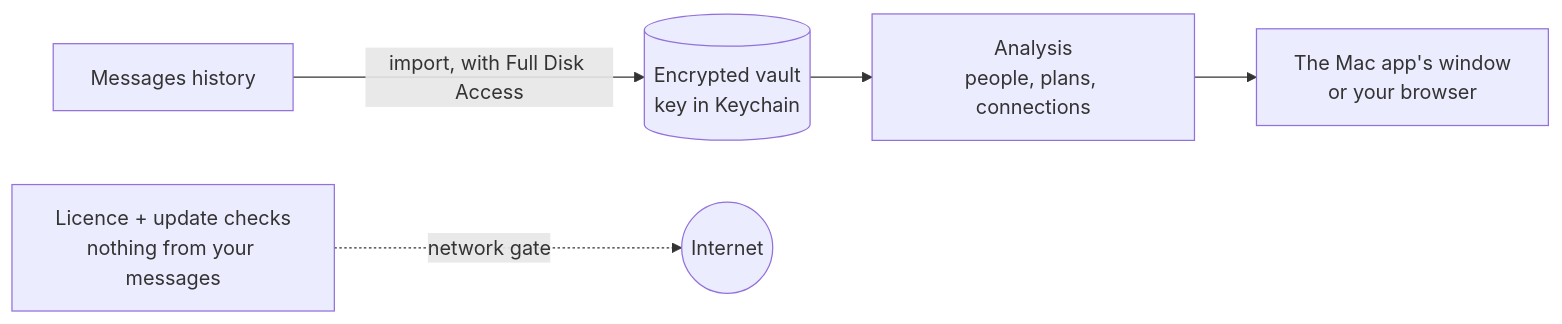
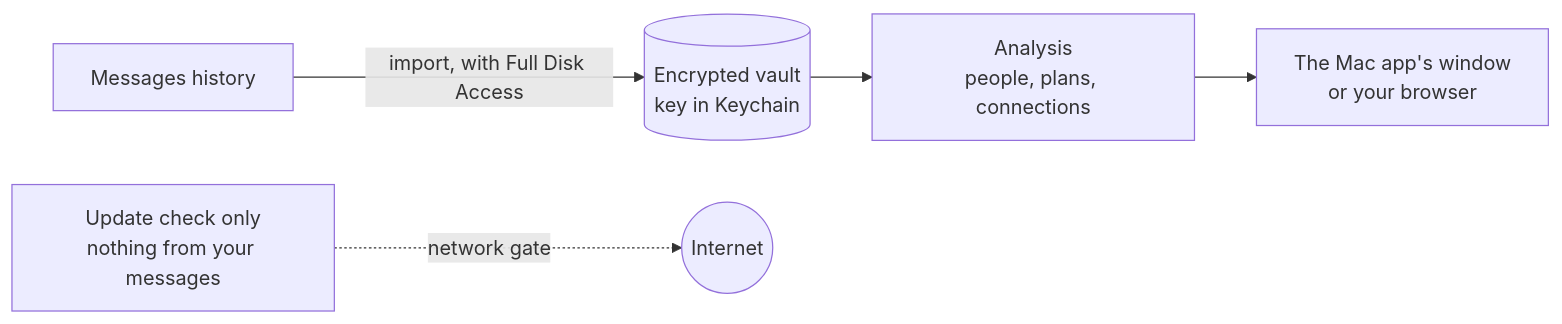
One commit to amalmehta/MessagingGraph changed the diagram in README.md. Above: the diagram before and after it, drawn with Mermaid. The commit also changed other lines of this file, not shown here.

````diff
--- a/README.md
+++ b/README.md
@@ -8,7 +10,7 @@
 ```mermaid
 flowchart LR
     A[Messages history] -->|import, with Full Disk Access| V[(Encrypted vault<br/>key in Keychain)]
     V --> C[Analysis<br/>people, plans, connections]
     C --> D[The Mac app's window<br/>or your browser]
-    L[Licence + update checks<br/>nothing from your messages] -.->|network gate| N((Internet))
+    L[Update check only<br/>nothing from your messages] -.->|network gate| N((Internet))
 ```
````
